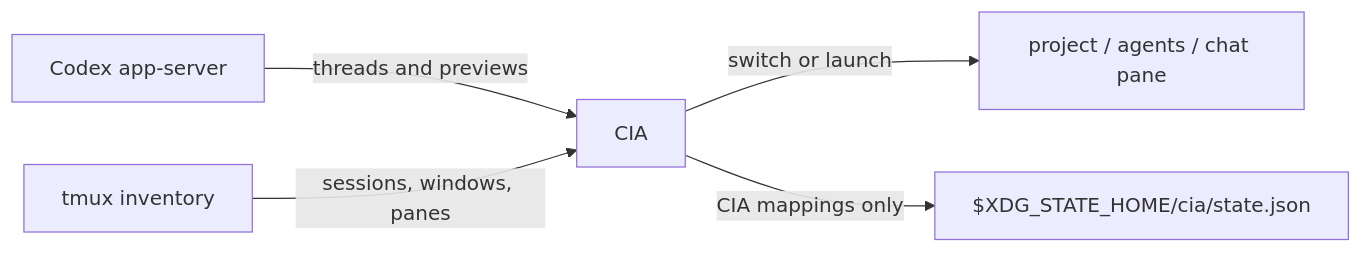
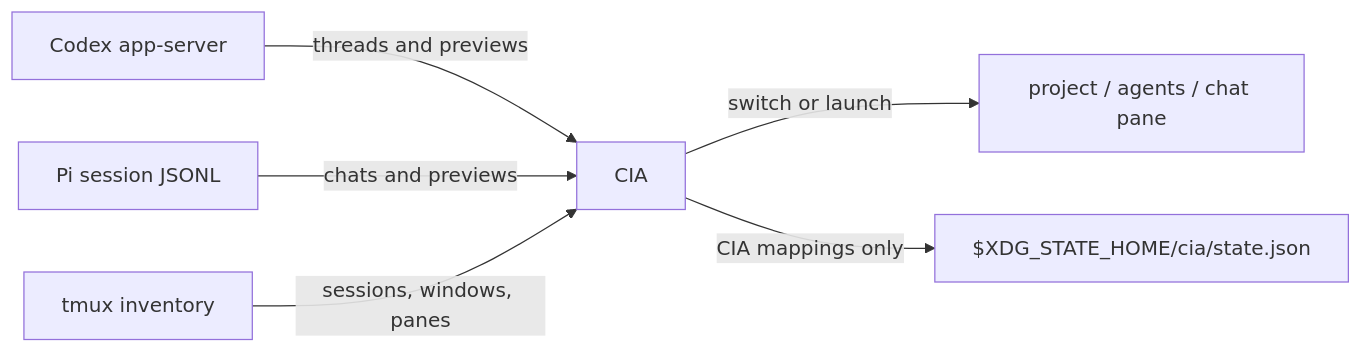
Before and after one commit to vivek-x-jha/cia: the diagram in README.md, drawn with Mermaid. The commit also changed other lines of this file and 7 other files, not shown here.

````diff
--- a/README.md
+++ b/README.md
@@ -139,7 +143,8 @@
 ```mermaid
 flowchart LR
     A[Codex app-server] -->|threads and previews| C[CIA]
+    P[Pi session JSONL] -->|chats and previews| C
     B[tmux inventory] -->|sessions, windows, panes| C
     C -->|switch or launch| D[project / agents / chat pane]
     C -->|CIA mappings only| E[$XDG_STATE_HOME/cia/state.json]
 ```
````
